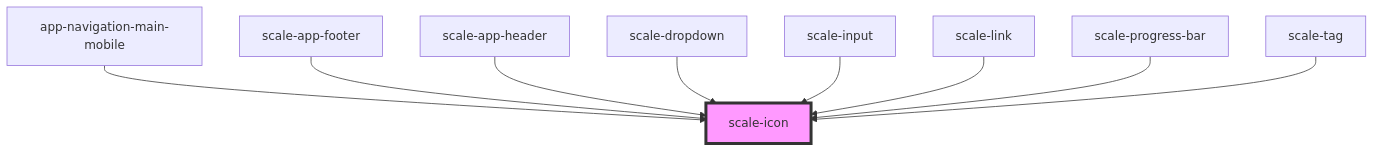
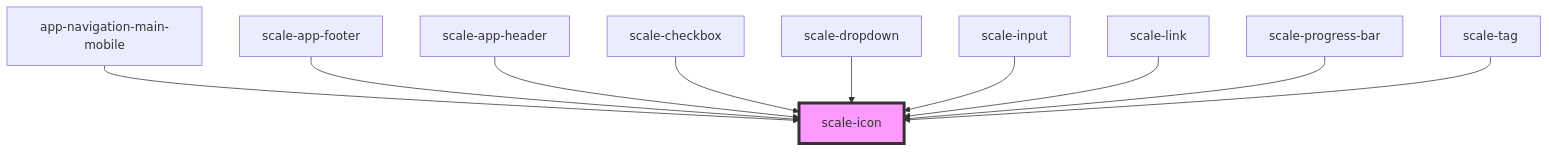
Before and after one commit to gaurishkamat/scale: the diagram in packages/components/src/components/icon/readme.md, drawn with Mermaid. The commit also changed other lines of this file, not shown here.

Commit message:
docs: update icon readme

````diff
--- a/packages/components/src/components/icon/readme.md
+++ b/packages/components/src/components/icon/readme.md
@@ -36,12 +37,13 @@
 ```mermaid
 graph TD;
   app-navigation-main-mobile --> scale-icon
   scale-app-footer --> scale-icon
   scale-app-header --> scale-icon
+  scale-checkbox --> scale-icon
   scale-dropdown --> scale-icon
   scale-input --> scale-icon
   scale-link --> scale-icon
   scale-progress-bar --> scale-icon
   scale-tag --> scale-icon
   style scale-icon fill:#f9f,stroke:#333,stroke-width:4px
 ```
````
